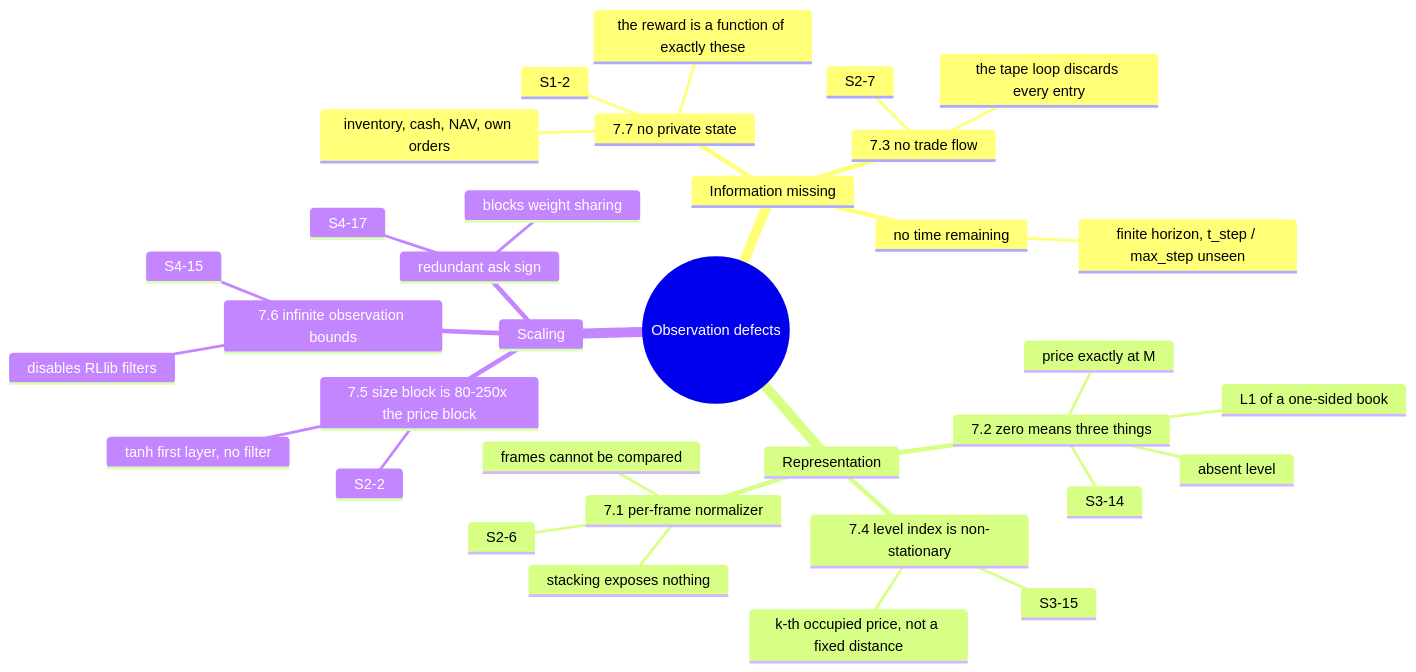
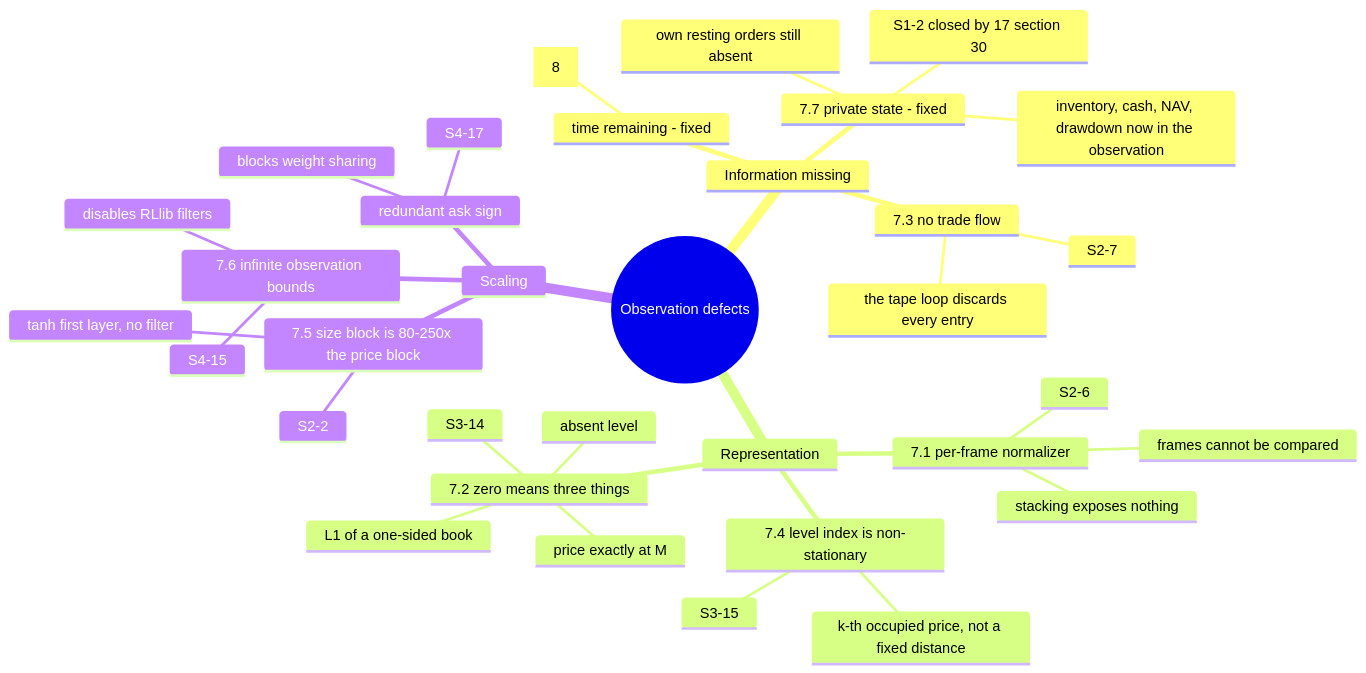
One commit to ChuaCheowHuan/gym-continuousDoubleAuction changed the second of 2 diagrams in doc/05_observation_space.md. Above: the diagram before and after it, drawn with Mermaid. The commit also changed other lines of this file and 15 other files, not shown here.

````diff
--- a/doc/05_observation_space.md
+++ b/doc/05_observation_space.md
@@ -343,37 +346,37 @@
 ```mermaid
 mindmap
   root((Observation defects))
     Information missing
-      7.7 no private state
-        inventory, cash, NAV, own orders
-        the reward is a function of exactly these
-        S1-2
+      7.7 private state - fixed
+        inventory, cash, NAV, drawdown now in the observation
+        own resting orders still absent
+        S1-2 closed by 17 section 30
       7.3 no trade flow
         the tape loop discards every entry
         S2-7
-      no time remaining
-        finite horizon, t_step / max_step unseen
+      time remaining - fixed
+        time_left is PRIVATE_FIELDS[8]
     Representation
       7.1 per-frame normalizer
         frames cannot be compared
         stacking exposes nothing
         S2-6
       7.2 zero means three things
         absent level
         price exactly at M
         L1 of a one-sided book
         S3-14
       7.4 level index is non-stationary
         k-th occupied price, not a fixed distance
         S3-15
     Scaling
       7.5 size block is 80-250x the price block
         tanh first layer, no filter
         S2-2
       7.6 infinite observation bounds
         disables RLlib filters
         S4-15
       redundant ask sign
         blocks weight sharing
         S4-17
 ```
````
